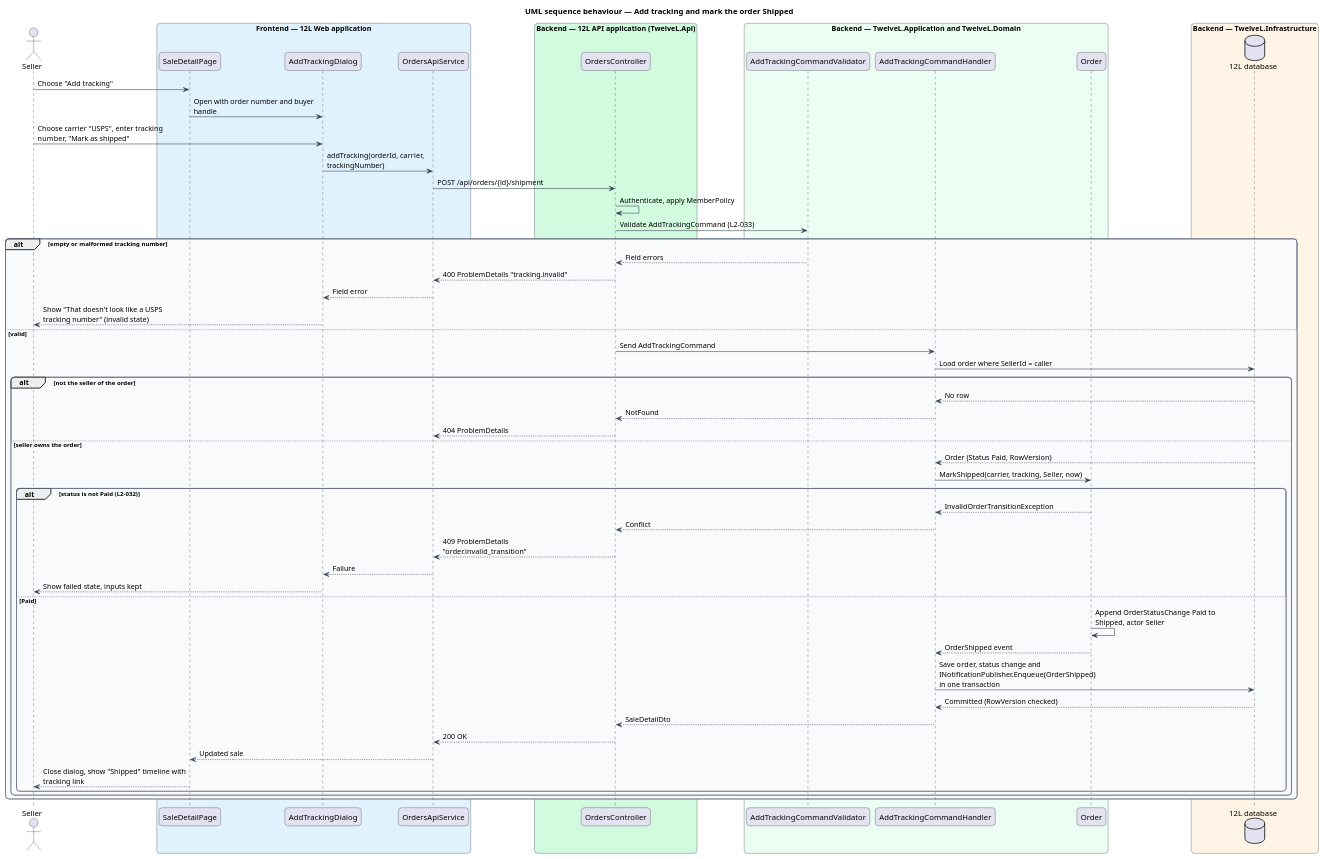
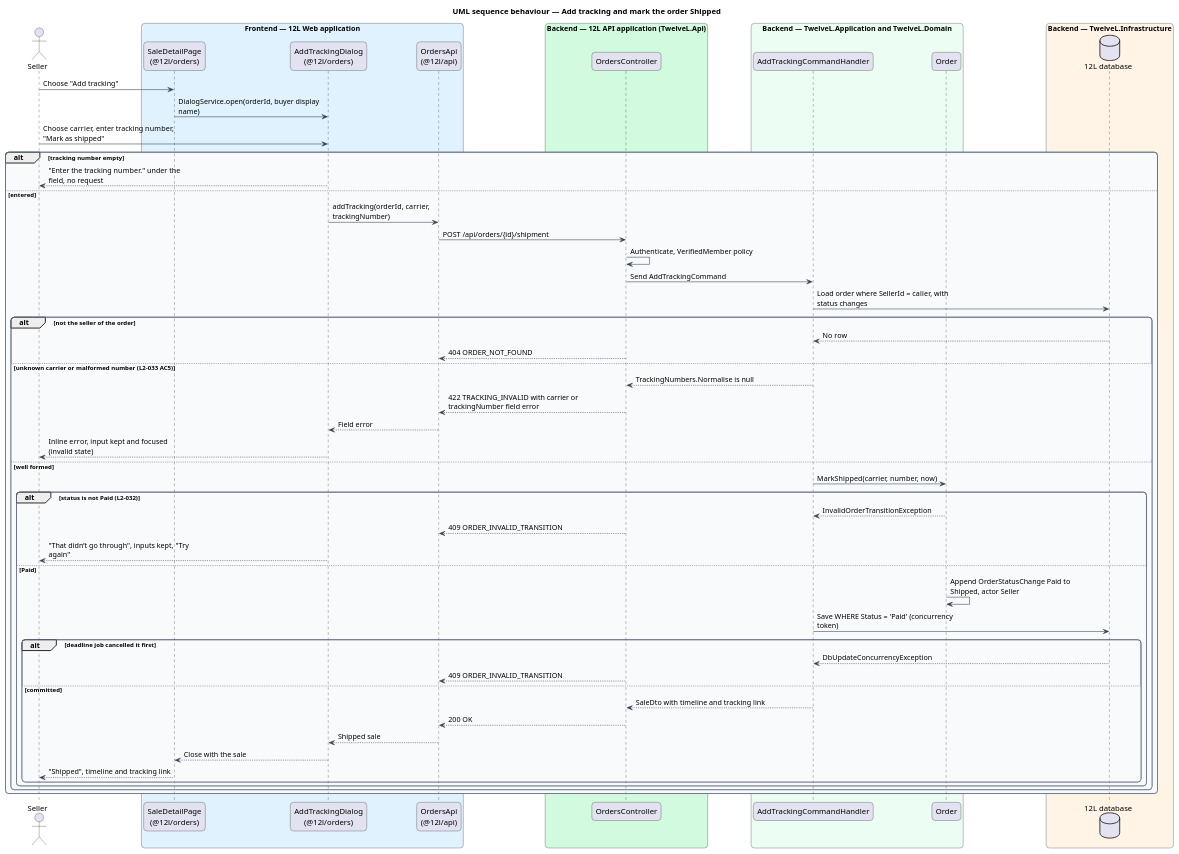
One commit to QuinntyneBrown/12l changed the diagram in docs/detailed-designs/orders/ship-order/diagrams/sequence-add-tracking.puml. Above: the diagram before and after it, drawn with PlantUML. The commit also changed 66 other files, not shown here.

```diff
--- a/docs/detailed-designs/orders/ship-order/diagrams/sequence-add-tracking.puml
+++ b/docs/detailed-designs/orders/ship-order/diagrams/sequence-add-tracking.puml
@@ -1,76 +1,76 @@
 @startuml
 title UML sequence behaviour — Add tracking and mark the order Shipped
 skinparam backgroundColor #FFFFFF
 skinparam shadowing false
 skinparam roundcorner 12
 skinparam defaultFontName Arial
 skinparam ArrowColor #344054
 skinparam rectangle {
   BorderColor #344054
   FontColor #101828
 }
 skinparam package {
   BorderColor #667085
   FontColor #101828
   BackgroundColor #F9FAFB
 }
 skinparam sequenceMessageAlign left
 skinparam maxMessageSize 260
 actor "Seller" as actor
 box "Frontend — 12L Web application" #E0F2FE
-  participant "SaleDetailPage" as page
-  participant "AddTrackingDialog" as dlg
-  participant "OrdersApiService" as client
+  participant "SaleDetailPage\n(@12l/orders)" as page
+  participant "AddTrackingDialog\n(@12l/orders)" as dlg
+  participant "OrdersApi\n(@12l/api)" as client
 end box
 box "Backend — 12L API application (TwelveL.Api)" #D1FADF
   participant "OrdersController" as ctrl
 end box
 box "Backend — TwelveL.Application and TwelveL.Domain" #ECFDF3
-  participant "AddTrackingCommandValidator" as val
   participant "AddTrackingCommandHandler" as h
   participant "Order" as order
 end box
 box "Backend — TwelveL.Infrastructure" #FFF4E5
   database "12L database" as db
 end box
 actor -> page : Choose "Add tracking"
-page -> dlg : Open with order number and buyer handle
-actor -> dlg : Choose carrier "USPS", enter tracking number, "Mark as shipped"
-dlg -> client : addTracking(orderId, carrier, trackingNumber)
-client -> ctrl : POST /api/orders/{id}/shipment
-ctrl -> ctrl : Authenticate, apply MemberPolicy
-ctrl -> val : Validate AddTrackingCommand (L2-033)
-alt empty or malformed tracking number
-  val --> ctrl : Field errors
-  ctrl --> client : 400 ProblemDetails "tracking.invalid"
-  client --> dlg : Field error
-  dlg --> actor : Show "That doesn't look like a USPS tracking number" (invalid state)
-else valid
+page -> dlg : DialogService.open(orderId, buyer display name)
+actor -> dlg : Choose carrier, enter tracking number, "Mark as shipped"
+alt tracking number empty
+  dlg --> actor : "Enter the tracking number." under the field, no request
+else entered
+  dlg -> client : addTracking(orderId, carrier, trackingNumber)
+  client -> ctrl : POST /api/orders/{id}/shipment
+  ctrl -> ctrl : Authenticate, VerifiedMember policy
   ctrl -> h : Send AddTrackingCommand
-  h -> db : Load order where SellerId = caller
+  h -> db : Load order where SellerId = caller, with status changes
   alt not the seller of the order
     db --> h : No row
-    h --> ctrl : NotFound
-    ctrl --> client : 404 ProblemDetails
-  else seller owns the order
-    db --> h : Order (Status Paid, RowVersion)
-    h -> order : MarkShipped(carrier, tracking, Seller, now)
+    ctrl --> client : 404 ORDER_NOT_FOUND
+  else unknown carrier or malformed number (L2-033 AC5)
+    h --> ctrl : TrackingNumbers.Normalise is null
+    ctrl --> client : 422 TRACKING_INVALID with carrier or trackingNumber field error
+    client --> dlg : Field error
+    dlg --> actor : Inline error, input kept and focused (invalid state)
+  else well formed
+    h -> order : MarkShipped(carrier, number, now)
     alt status is not Paid (L2-032)
       order --> h : InvalidOrderTransitionException
-      h --> ctrl : Conflict
-      ctrl --> client : 409 ProblemDetails "order.invalid_transition"
-      client --> dlg : Failure
-      dlg --> actor : Show failed state, inputs kept
+      ctrl --> client : 409 ORDER_INVALID_TRANSITION
+      dlg --> actor : "That didn’t go through", inputs kept, "Try again"
     else Paid
       order -> order : Append OrderStatusChange Paid to Shipped, actor Seller
-      order --> h : OrderShipped event
-      h -> db : Save order, status change and INotificationPublisher.Enqueue(OrderShipped) in one transaction
-      db --> h : Committed (RowVersion checked)
-      h --> ctrl : SaleDetailDto
-      ctrl --> client : 200 OK
-      client --> page : Updated sale
-      page --> actor : Close dialog, show "Shipped" timeline with tracking link
+      h -> db : Save WHERE Status = 'Paid' (concurrency token)
+      alt deadline job cancelled it first
+        db --> h : DbUpdateConcurrencyException
+        ctrl --> client : 409 ORDER_INVALID_TRANSITION
+      else committed
+        h --> ctrl : SaleDto with timeline and tracking link
+        ctrl --> client : 200 OK
+        client --> dlg : Shipped sale
+        dlg --> page : Close with the sale
+        page --> actor : "Shipped", timeline and tracking link
+      end
     end
   end
 end
 @enduml
```
